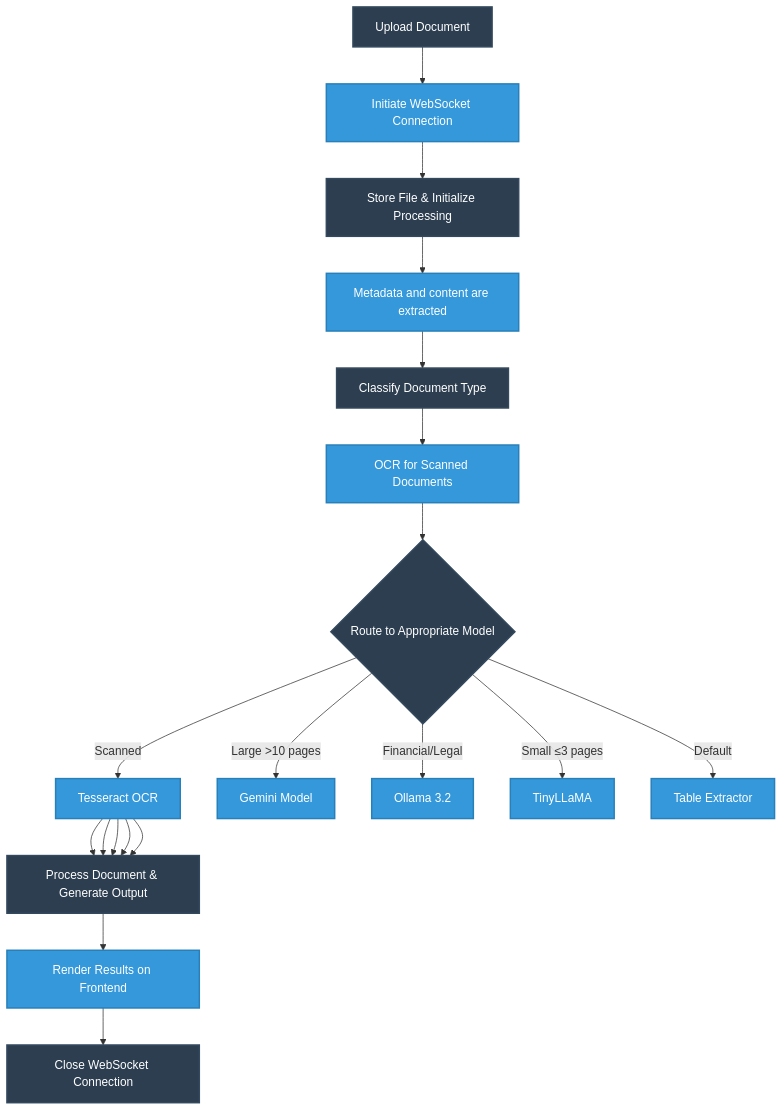
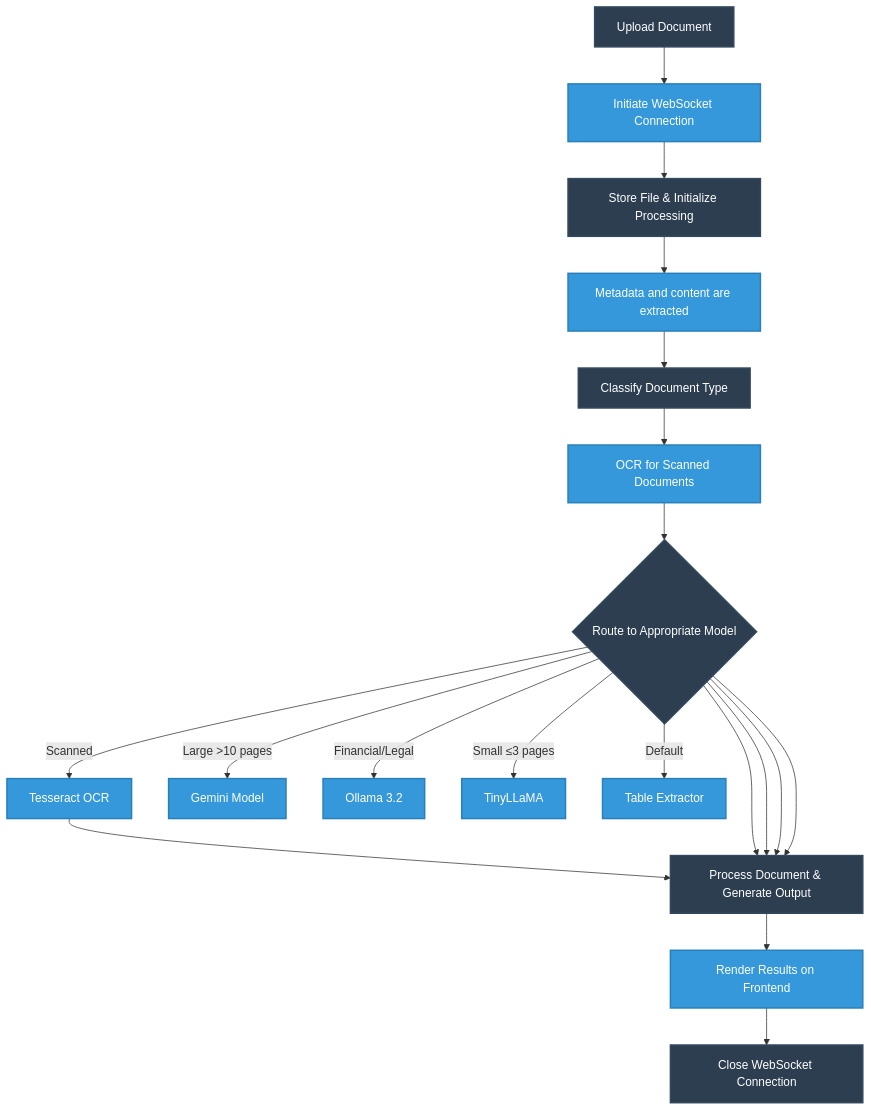
Before and after one commit to pharshithaa/document-processing-system: the diagram in README.md, drawn with Mermaid.

````diff
--- a/README.md
+++ b/README.md
@@ -9,51 +9,51 @@
 ```mermaid
 graph TD
     %% Frontend Flow
     A[Upload Document] --> B[Initiate WebSocket Connection]
     B --> C[Store File & Initialize Processing]
     
     %% Backend Processing
     C --> D[Metadata and content are extracted]
     D --> E[Classify Document Type]
     
     %% Document Analysis
     E --> F[OCR for Scanned Documents]
     F --> G{Route to Appropriate Model}
     
     %% Processing Paths
     G -->|Scanned| H[Tesseract OCR]
     G -->|Large >10 pages| I[Gemini Model]
     G -->|Financial/Legal| J[Ollama 3.2]
     G -->|Small ≤3 pages| K[TinyLLaMA]
     G -->|Default| L[Table Extractor]
     
     %% Content Processing
     H --> M[Process Document & Generate Output]
-    H --> M
-    H --> M
-    H --> M
-    H --> M
+    G --> M
+    G --> M
+    G --> M
+    G --> M
 
     
     %% Results & Status
     M --> N[Render Results on Frontend]
     N --> O[Close WebSocket Connection]
     
 
     %% Styling - Professional Blue Theme
     style A fill:#2c3e50,stroke:#34495e,stroke-width:2px,color:#fff
     style B fill:#3498db,stroke:#2980b9,stroke-width:2px,color:#fff
     style C fill:#2c3e50,stroke:#34495e,stroke-width:2px,color:#fff
     style D fill:#3498db,stroke:#2980b9,stroke-width:2px,color:#fff
     style E fill:#2c3e50,stroke:#34495e,stroke-width:2px,color:#fff
     style F fill:#3498db,stroke:#2980b9,stroke-width:2px,color:#fff
     style G fill:#2c3e50,stroke:#34495e,stroke-width:2px,color:#fff
     style H fill:#3498db,stroke:#2980b9,stroke-width:2px,color:#fff
     style I fill:#3498db,stroke:#2980b9,stroke-width:2px,color:#fff
     style J fill:#3498db,stroke:#2980b9,stroke-width:2px,color:#fff
     style K fill:#3498db,stroke:#2980b9,stroke-width:2px,color:#fff
     style L fill:#3498db,stroke:#2980b9,stroke-width:2px,color:#fff
     style M fill:#2c3e50,stroke:#34495e,stroke-width:2px,color:#fff
     style N fill:#3498db,stroke:#2980b9,stroke-width:2px,color:#fff
     style O fill:#2c3e50,stroke:#34495e,stroke-width:2px,color:#fff
 ```
````
